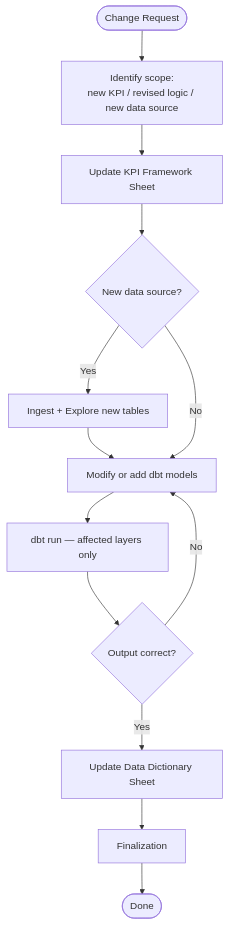
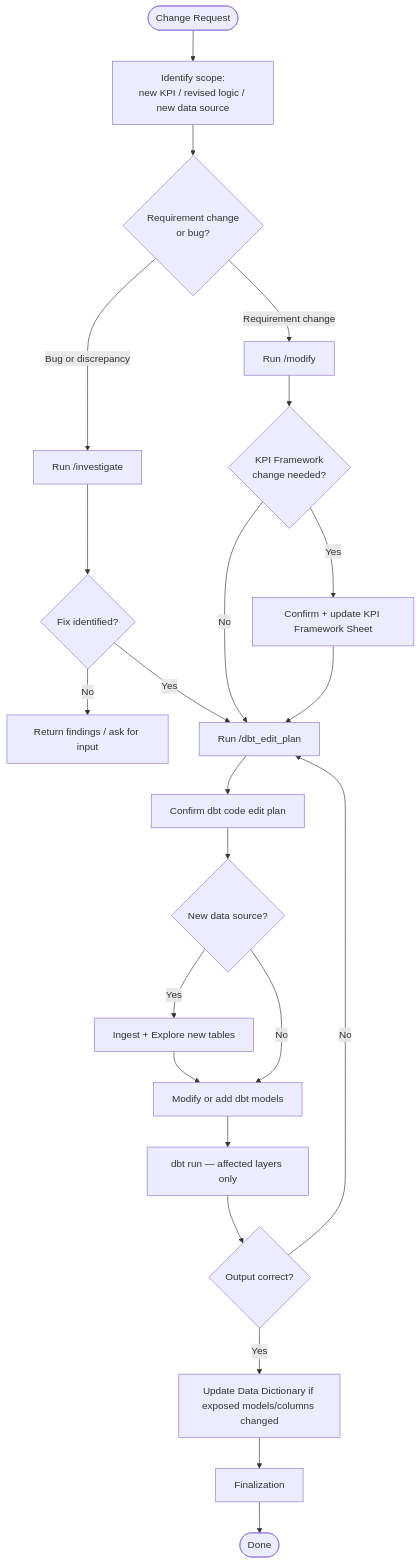
Before and after one commit to DalgoT4D/dalgo-consulting: the second of 2 diagrams in docs/process.md, drawn with Mermaid. The commit also changed other lines of this file and 23 other files, not shown here.

````diff
--- a/docs/process.md
+++ b/docs/process.md
@@ -51,15 +51,25 @@
 ```mermaid
 flowchart TD
     A([Change Request]) --> B[Identify scope:\nnew KPI / revised logic / new data source]
-    B --> C[Update KPI Framework Sheet]
-    C --> D{New data source?}
-    D -- Yes --> E[Ingest + Explore new tables]
-    E --> F[Modify or add dbt models]
-    D -- No --> F
-    F --> G[dbt run — affected layers only]
-    G --> H{Output correct?}
-    H -- No --> F
-    H -- Yes --> I[Update Data Dictionary Sheet]
-    I --> J[Finalization]
-    J --> K([Done])
+    B --> C{Requirement change\nor bug?}
+    C -- Requirement change --> D[Run /modify]
+    C -- Bug or discrepancy --> E[Run /investigate]
+    E --> F{Fix identified?}
+    F -- No --> G[Return findings / ask for input]
+    F -- Yes --> H[Run /dbt_edit_plan]
+    D --> I{KPI Framework\nchange needed?}
+    I -- Yes --> J[Confirm + update KPI Framework Sheet]
+    I -- No --> H
+    J --> H
+    H --> K[Confirm dbt code edit plan]
+    K --> L{New data source?}
+    L -- Yes --> M[Ingest + Explore new tables]
+    M --> N[Modify or add dbt models]
+    L -- No --> N
+    N --> O[dbt run — affected layers only]
+    O --> P{Output correct?}
+    P -- No --> H
+    P -- Yes --> Q[Update Data Dictionary if exposed models/columns changed]
+    Q --> R[Finalization]
+    R --> S([Done])
 ```
````
